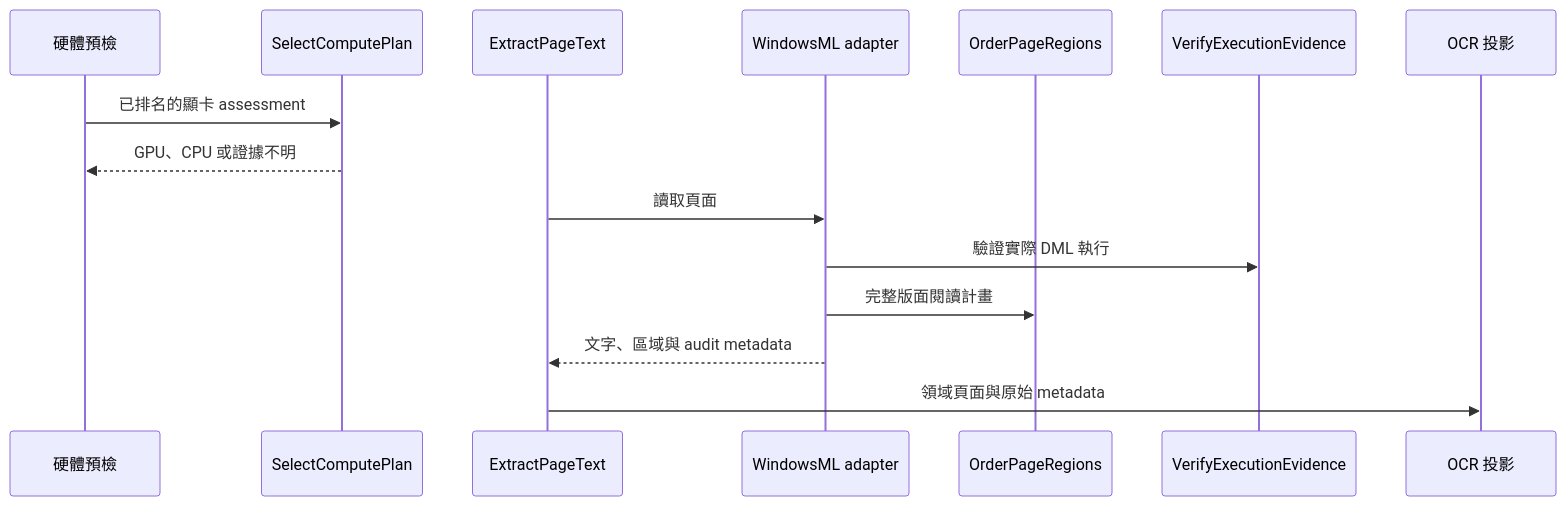
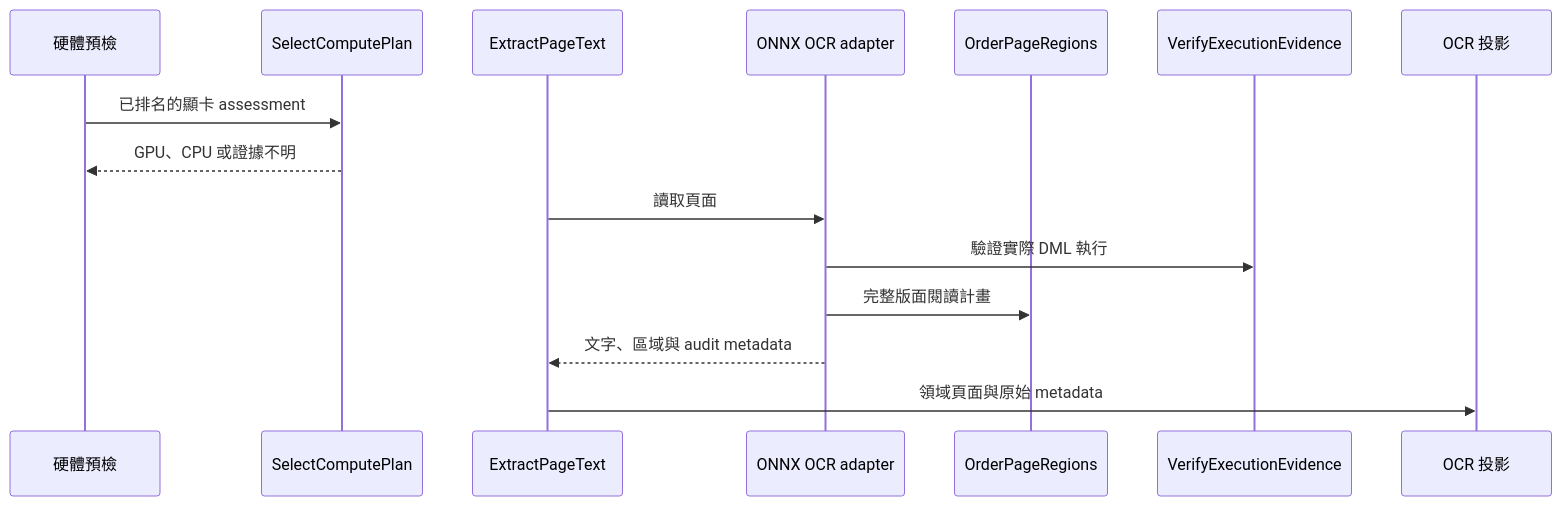
Before and after one commit to gx-capture/capture-workbench: the second of 2 diagrams in docs/domain/ocr.md, drawn with Mermaid. The commit also changed other lines of this file and 223 other files, not shown here.

````diff
--- a/docs/domain/ocr.md
+++ b/docs/domain/ocr.md
@@ -34,17 +36,17 @@
 ```mermaid
 sequenceDiagram
   participant Preflight as 硬體預檢
   participant Select as SelectComputePlan
   participant Extract as ExtractPageText
-  participant Adapter as WindowsML adapter
+  participant Adapter as ONNX OCR adapter
   participant Order as OrderPageRegions
   participant Verify as VerifyExecutionEvidence
   participant Projection as OCR 投影
   Preflight->>Select: 已排名的顯卡 assessment
   Select-->>Preflight: GPU、CPU 或證據不明
   Extract->>Adapter: 讀取頁面
   Adapter->>Verify: 驗證實際 DML 執行
   Adapter->>Order: 完整版面閱讀計畫
   Adapter-->>Extract: 文字、區域與 audit metadata
   Extract->>Projection: 領域頁面與原始 metadata
 ```
````
